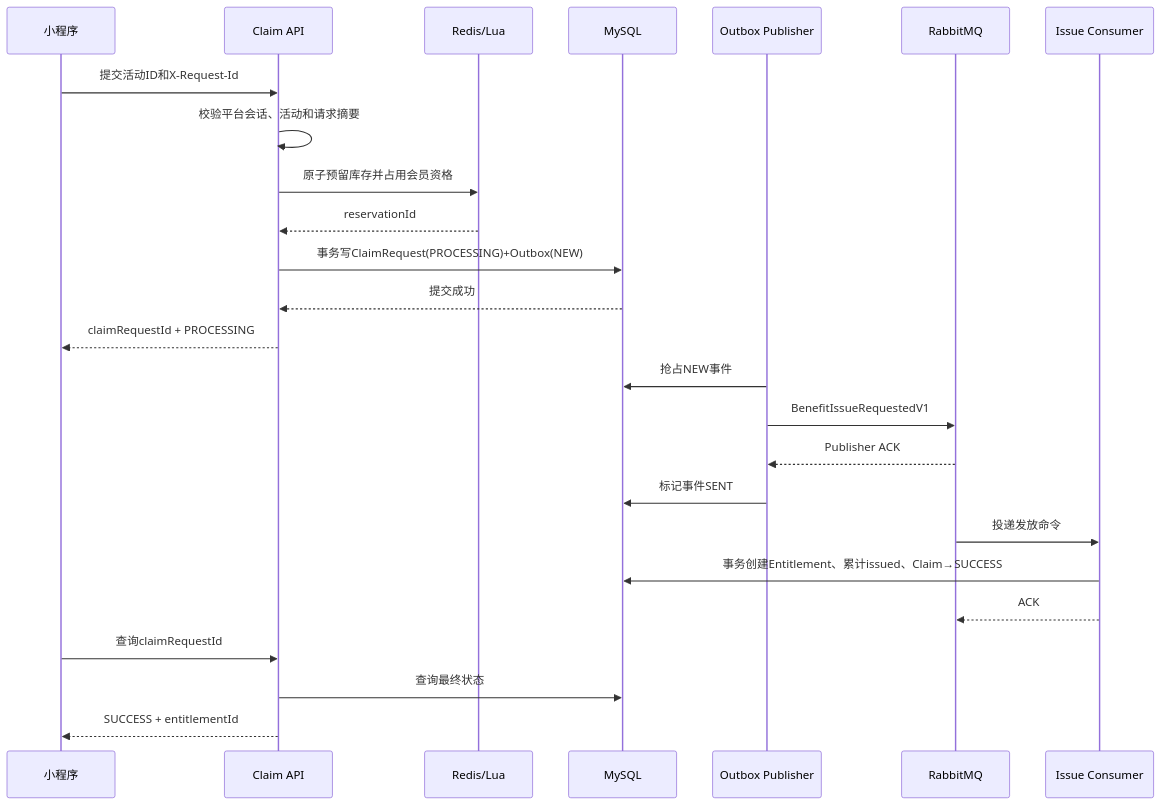
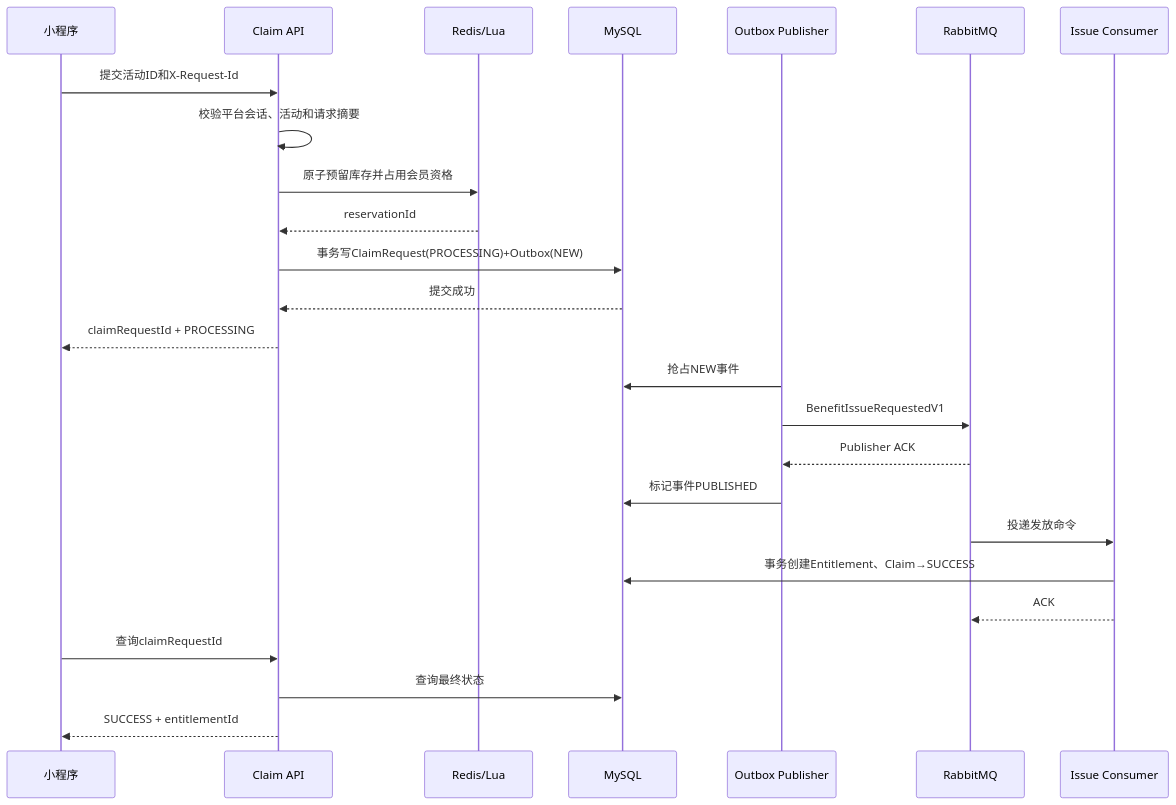
One commit to Cyrene-dg/hmdp changed the seventh of 9 diagrams in docs/technical/青禾茶饮_优惠券权益与门店履约模块技术方案_v0.1.md. Above: the diagram before and after it, drawn with Mermaid. The commit also changed other lines of this file and 3 other files, not shown here.

````diff
--- a/docs/technical/青禾茶饮_优惠券权益与门店履约模块技术方案_v0.1.md
+++ b/docs/technical/青禾茶饮_优惠券权益与门店履约模块技术方案_v0.1.md
@@ -368,28 +368,28 @@
 ```mermaid
 sequenceDiagram
     participant U as 小程序
     participant A as Claim API
     participant R as Redis/Lua
     participant D as MySQL
     participant O as Outbox Publisher
     participant M as RabbitMQ
     participant C as Issue Consumer
 
     U->>A: 提交活动ID和X-Request-Id
     A->>A: 校验平台会话、活动和请求摘要
     A->>R: 原子预留库存并占用会员资格
     R-->>A: reservationId
     A->>D: 事务写ClaimRequest(PROCESSING)+Outbox(NEW)
     D-->>A: 提交成功
     A-->>U: claimRequestId + PROCESSING
     O->>D: 抢占NEW事件
     O->>M: BenefitIssueRequestedV1
     M-->>O: Publisher ACK
-    O->>D: 标记事件SENT
+    O->>D: 标记事件PUBLISHED
     M->>C: 投递发放命令
-    C->>D: 事务创建Entitlement、累计issued、Claim→SUCCESS
+    C->>D: 事务创建Entitlement、Claim→SUCCESS
     C-->>M: ACK
     U->>A: 查询claimRequestId
     A->>D: 查询最终状态
     A-->>U: SUCCESS + entitlementId
 ```
````
